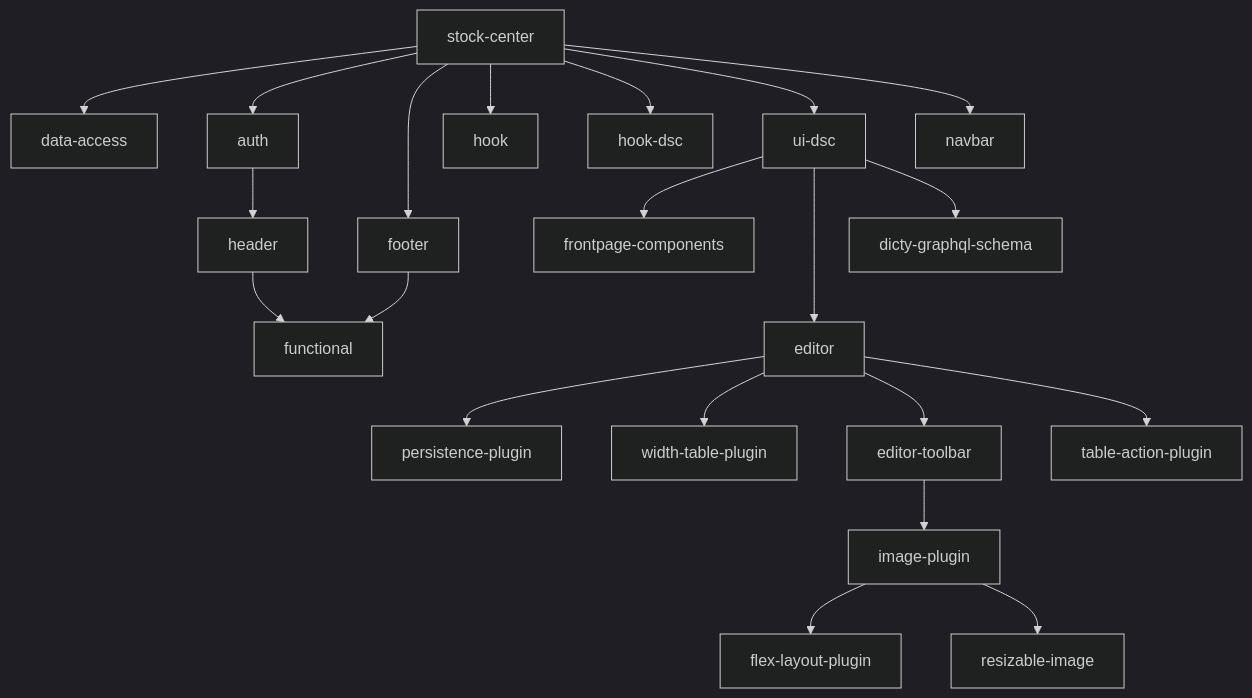
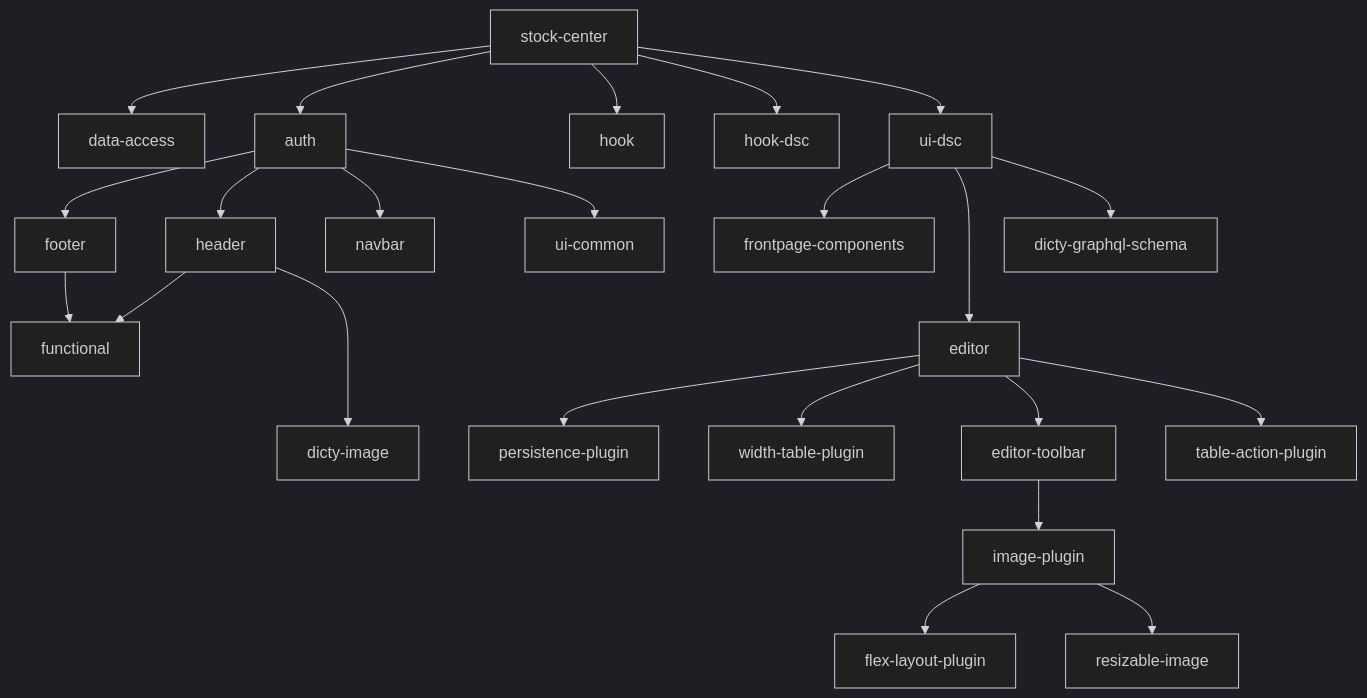
The second of 2 diagrams in dependency-graph.md (dictyBase/frontendx), drawn with Mermaid (dark theme) before and after one commit.

Commit message:
chore(dependency-graph.md): add new dependencies dicty-image and ui-common to the dependency graph
The dependency graph has been updated to include two new dependencies: dicty-image and ui-common. This change reflects the actual dependencies in the project and ensures that the graph accurately represents the relationships between different components.

````diff
--- a/dependency-graph.md
+++ b/dependency-graph.md
@@ -57,44 +57,48 @@
 ```mermaid
 flowchart TD
     A[stock-center]
     B[auth]
     C[data-access]
     D[footer]
+    DI[dicty-image]
     E[hook]
     F[hook-dsc]
     G[header]
     H[ui-dsc]
+    UIC[ui-common]
     I[dicty-graphql-schema]
     J[editor]
     K[navbar]
     FC[frontpage-components]
     ET[editor-toolbar]
     IP[image-plugin]
     FLP[flex-layout-plugin]
     RI[resizable-image]
     PP[persistence-plugin]
     WP[width-table-plugin]
     TP[table-action-plugin]
     DF[functional]
 
     A --> C
     A --> B
-    A --> D
     A --> E
     A --> F
     A --> H
-    A --> K
     H --> FC
     H ---> J
     H --> I
     ET --> IP
     IP --> FLP
     IP --> RI
     J --> PP
     J --> WP
     J --> ET
     J --> TP
+    B --> D
     B --> G
+    B --> K
+    B --> UIC
     G --> DF
+    G ---> DI
     D --> DF
 ```
````
